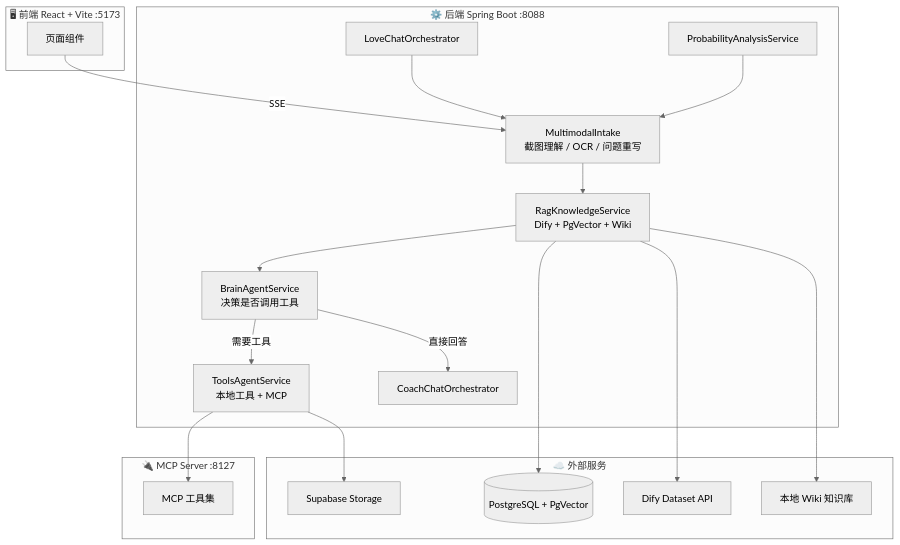
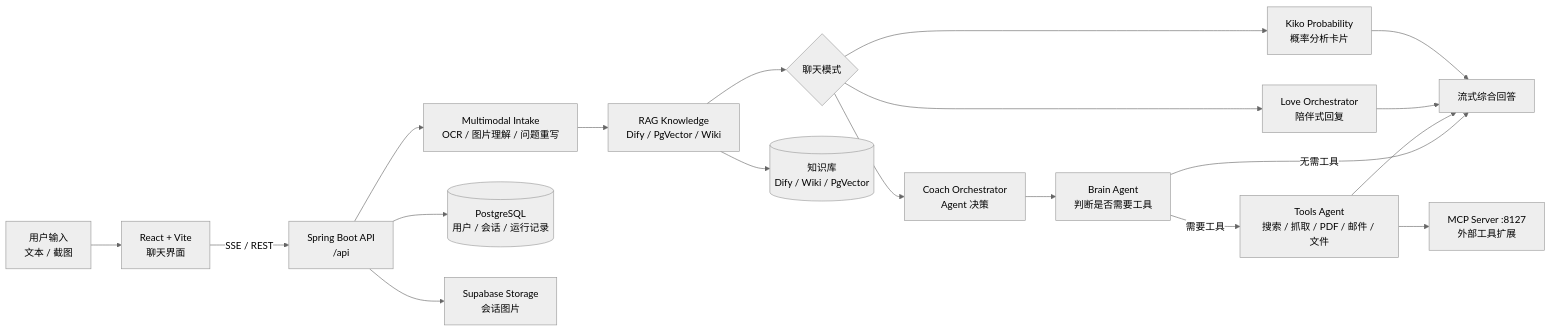
Before and after one commit to KkOma-value/Lovemaster: the diagram in README.md, drawn with Mermaid (neutral theme). The commit also changed other lines of this file and 4 other files, not shown here.

````diff
--- a/README.md
+++ b/README.md
@@ -100,40 +62,25 @@
 ```mermaid
-graph TB
-    subgraph Frontend ["🖥 前端 React + Vite :5173"]
-        UI[页面组件]
-    end
+flowchart LR
+    User["用户输入<br/>文本 / 截图"] --> Frontend["React + Vite<br/>聊天界面"]
+    Frontend -->|SSE / REST| Backend["Spring Boot API<br/>/api"]
 
-    subgraph Backend ["⚙️ 后端 Spring Boot :8088"]
-        Intake[MultimodalIntake<br/>截图理解 / OCR / 问题重写]
-        RAG[RagKnowledgeService<br/>Dify + PgVector + Wiki]
-        Brain[BrainAgentService<br/>决策是否调用工具]
-        Tools[ToolsAgentService<br/>本地工具 + MCP]
-        Love[LoveChatOrchestrator]
-        Kiko[ProbabilityAnalysisService]
-        Coach[CoachChatOrchestrator]
-    end
+    Backend --> Intake["Multimodal Intake<br/>OCR / 图片理解 / 问题重写"]
+    Intake --> RAG["RAG Knowledge<br/>Dify / PgVector / Wiki"]
+    RAG --> Router{"聊天模式"}
 
-    subgraph MCP ["🔌 MCP Server :8127"]
-        MCPTools[MCP 工具集]
-    end
+    Router --> Love["Love Orchestrator<br/>陪伴式回复"]
+    Router --> Coach["Coach Orchestrator<br/>Agent 决策"]
+    Router --> Kiko["Kiko Probability<br/>概率分析卡片"]
 
-    subgraph Storage ["☁️ 外部服务"]
-        DB[(PostgreSQL + PgVector)]
-        Dify[Dify Dataset API]
-        Supa[Supabase Storage]
-        Wiki[本地 Wiki 知识库]
-    end
+    Coach --> Brain["Brain Agent<br/>判断是否需要工具"]
+    Brain -->|需要工具| Tools["Tools Agent<br/>搜索 / 抓取 / PDF / 邮件 / 文件"]
+    Brain -->|无需工具| Answer["流式综合回答"]
+    Tools --> Answer
+    Love --> Answer
+    Kiko --> Answer
 
-    UI -->|SSE| Intake
-    Intake --> RAG
-    RAG --> Brain
-    Brain -->|需要工具| Tools
-    Brain -->|直接回答| Coach
-    Tools --> MCPTools
-    Love --> Intake
-    Kiko --> Intake
-    RAG --> DB
-    RAG --> Dify
-    RAG --> Wiki
-    Tools --> Supa
+    Tools --> MCP["MCP Server :8127<br/>外部工具扩展"]
+    Backend --> DB[("PostgreSQL<br/>用户 / 会话 / 运行记录")]
+    RAG --> Knowledge[("知识库<br/>Dify / Wiki / PgVector")]
+    Backend --> Storage["Supabase Storage<br/>会话图片"]
 ```
````
